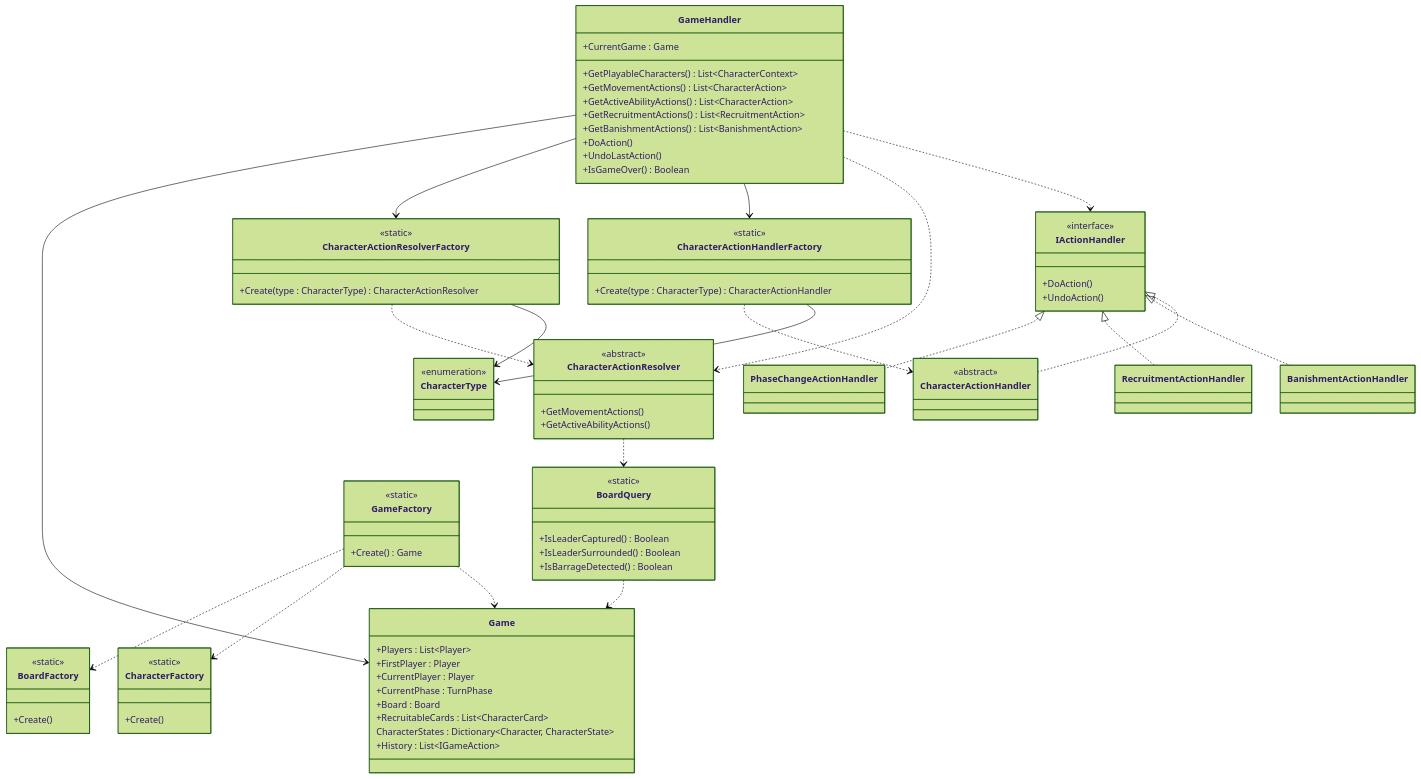
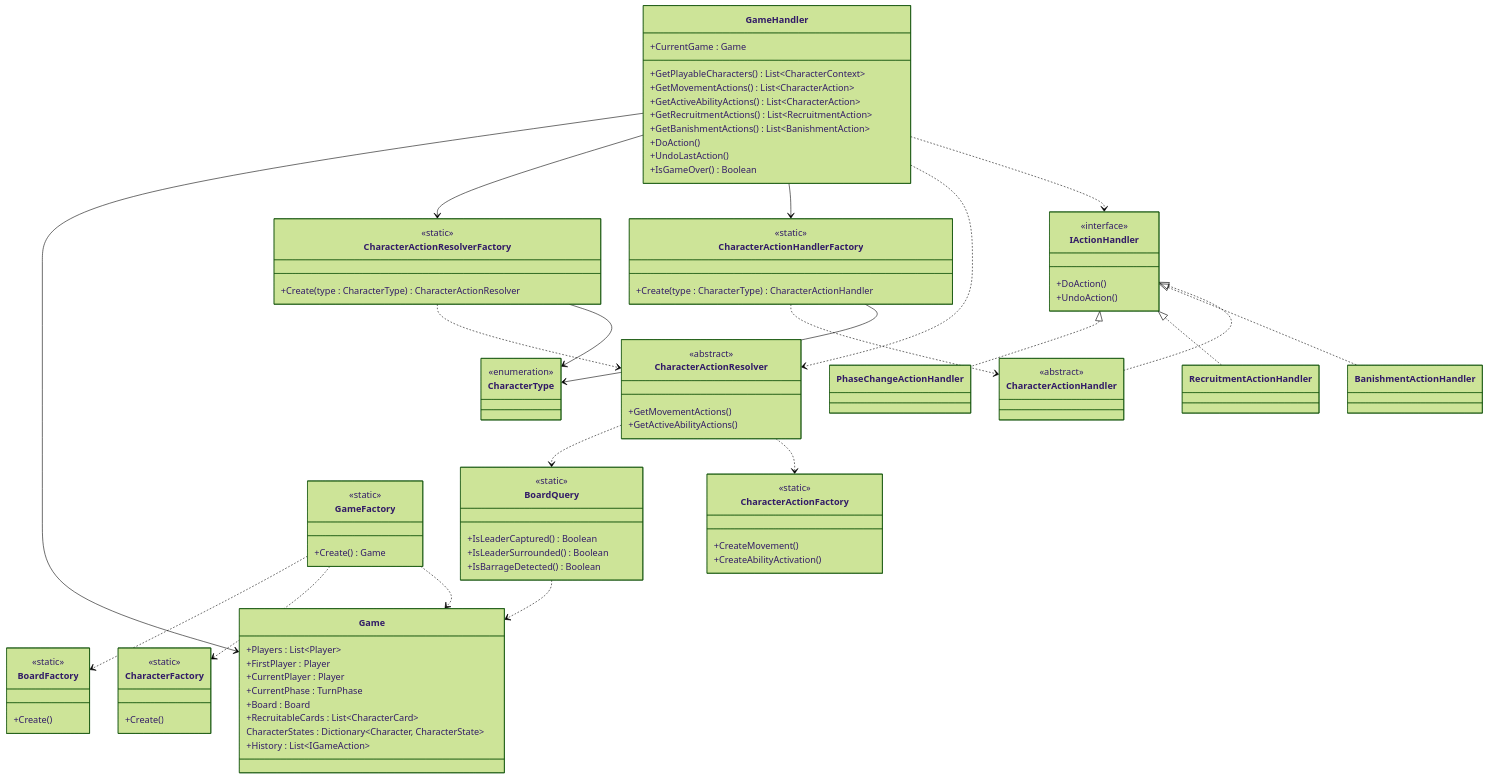
The diagram in docs/GameLogic/uml_logic_gamelogic.mmd (PaulRosselle/leaders_board_game), drawn with Mermaid (forest theme) before and after one commit. The commit also changed 1 other file, not shown here.

Commit message:
CharacterActionFactory added as an empty file

```diff
--- a/docs/GameLogic/uml_logic_gamelogic.mmd
+++ b/docs/GameLogic/uml_logic_gamelogic.mmd
@@ -1,110 +1,116 @@
 classDiagram
     direction TB
 
     %% Enums
     class CharacterType {
         <<enumeration>>
     }
 
     %% Game
     class Game {
         +Players : List~Player~
         +FirstPlayer : Player
         +CurrentPlayer : Player
         +CurrentPhase : TurnPhase
         +Board : Board
         +RecruitableCards : List~CharacterCard~
         CharacterStates : Dictionary~Character, CharacterState~
         +History : List~IGameAction~
     }
 
     %% Handlers
     class IActionHandler {
         <<interface>>
         +DoAction()
         +UndoAction()
     }
     class PhaseChangeActionHandler
     class RecruitmentActionHandler
     class BanishmentActionHandler
     class CharacterActionHandler {
         <<abstract>>
     }
 
     %% Resolvers
     class CharacterActionResolver {
         <<abstract>>
         +GetMovementActions()
         +GetActiveAbilityActions()
     }
 
     %% Query
     class BoardQuery {
         <<static>>
         +IsLeaderCaptured() Boolean
         +IsLeaderSurrounded() Boolean
         +IsBarrageDetected() Boolean
     }
 
     %% Factories
     class BoardFactory {
         <<static>>
         +Create()
     }
     class GameFactory {
         <<static>>
         +Create() Game
     }
     class CharacterFactory {
         <<static>>
         +Create()
     }
+    class CharacterActionFactory {
+        <<static>>
+        +CreateMovement()
+        +CreateAbilityActivation()
+    }
     class CharacterActionResolverFactory {
         <<static>>
         +Create(type : CharacterType) CharacterActionResolver
     }
     class CharacterActionHandlerFactory {
         <<static>>
         +Create(type : CharacterType) CharacterActionHandler
     }
 
     %% GameHandler
     class GameHandler {
         +CurrentGame : Game
         +GetPlayableCharacters() List~CharacterContext~
         +GetMovementActions() List~CharacterAction~
         +GetActiveAbilityActions() List~CharacterAction~
         +GetRecruitmentActions() List~RecruitmentAction~
         +GetBanishmentActions() List~BanishmentAction~
         +DoAction()
         +UndoLastAction()
         +IsGameOver() Boolean
     }
 
     %% Héritage handlers
     IActionHandler <|.. PhaseChangeActionHandler
     IActionHandler <|.. RecruitmentActionHandler
     IActionHandler <|.. BanishmentActionHandler
     IActionHandler <|.. CharacterActionHandler
 
     %% GameFactory produit Game
     GameFactory ..> BoardFactory
     GameFactory ..> CharacterFactory
     GameFactory ..> Game
 
     %% GameHandler
     GameHandler --> Game
     GameHandler --> CharacterActionResolverFactory
     GameHandler --> CharacterActionHandlerFactory
     GameHandler ..> CharacterActionResolver
     GameHandler ..> IActionHandler
 
     %% Resolver
     CharacterActionResolver ..> BoardQuery
+    CharacterActionResolver ..> CharacterActionFactory
     CharacterActionResolverFactory ..> CharacterActionResolver
     CharacterActionResolverFactory --> CharacterType
     CharacterActionHandlerFactory ..> CharacterActionHandler
     CharacterActionHandlerFactory --> CharacterType
 
     %% BoardQuery
     BoardQuery ..> Game
```
